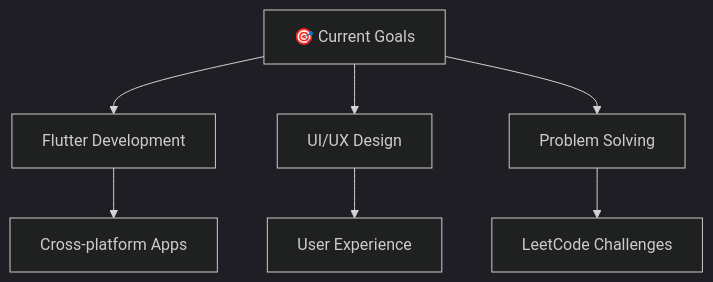
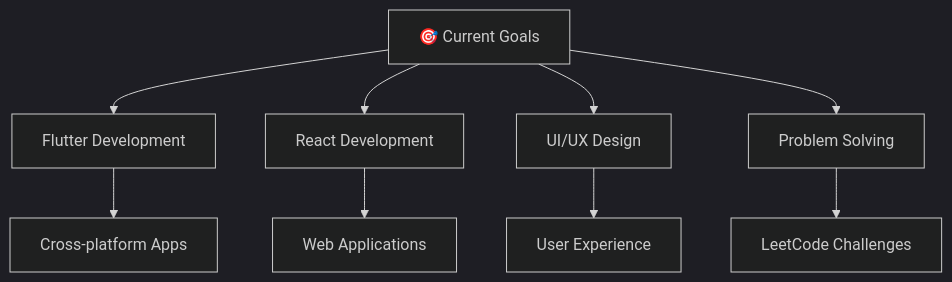
The diagram in README.md (jasirpk/jasirpk), drawn with Mermaid (dark theme) before and after one commit. The commit also changed other lines of this file, not shown here.

````diff
--- a/README.md
+++ b/README.md
@@ -90,9 +98,11 @@
 ```mermaid
 graph TD
     A[🎯 Current Goals] --> B[Flutter Development]
-    A --> C[UI/UX Design]
-    A --> D[Problem Solving]
-    B --> E[Cross-platform Apps]
-    C --> F[User Experience]
-    D --> G[LeetCode Challenges]
+    A --> C[React Development]
+    A --> D[UI/UX Design]
+    A --> E[Problem Solving]
+    B --> F[Cross-platform Apps]
+    C --> G[Web Applications]
+    D --> H[User Experience]
+    E --> I[LeetCode Challenges]
 ```
````
